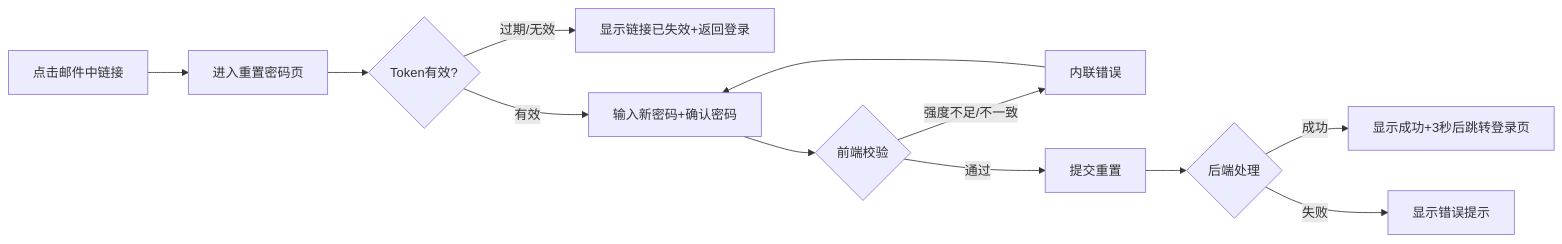
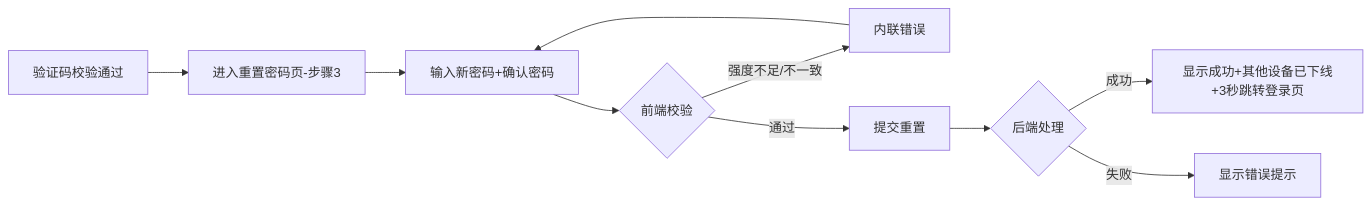
One commit to foryou2026/chinese changed the third of 4 diagrams in docs/C02-ia-interaction/admin/auth/account-entry/02-flows.md. Above: the diagram before and after it, drawn with Mermaid. The commit also changed other lines of this file and 27 other files, not shown here.

````diff
--- a/docs/C02-ia-interaction/admin/auth/account-entry/02-flows.md
+++ b/docs/C02-ia-interaction/admin/auth/account-entry/02-flows.md
@@ -48,14 +51,12 @@
 ```mermaid
 flowchart LR
-  A3[点击邮件中链接] --> B3[进入重置密码页]
-  B3 --> C3{Token有效?}
-  C3 -->|过期/无效| D3[显示链接已失效+返回登录]
-  C3 -->|有效| E3[输入新密码+确认密码]
-  E3 --> F3{前端校验}
-  F3 -->|强度不足/不一致| G3[内联错误]
-  G3 --> E3
-  F3 -->|通过| H3[提交重置]
-  H3 --> I3{后端处理}
-  I3 -->|成功| J3[显示成功+3秒后跳转登录页]
-  I3 -->|失败| K3[显示错误提示]
+  A3[验证码校验通过] --> B3[进入重置密码页-步骤3]
+  B3 --> C3[输入新密码+确认密码]
+  C3 --> D3{前端校验}
+  D3 -->|强度不足/不一致| E3[内联错误]
+  E3 --> C3
+  D3 -->|通过| F3[提交重置]
+  F3 --> G3{后端处理}
+  G3 -->|成功| H3[显示成功+其他设备已下线+3秒跳转登录页]
+  G3 -->|失败| I3[显示错误提示]
 ```
````
